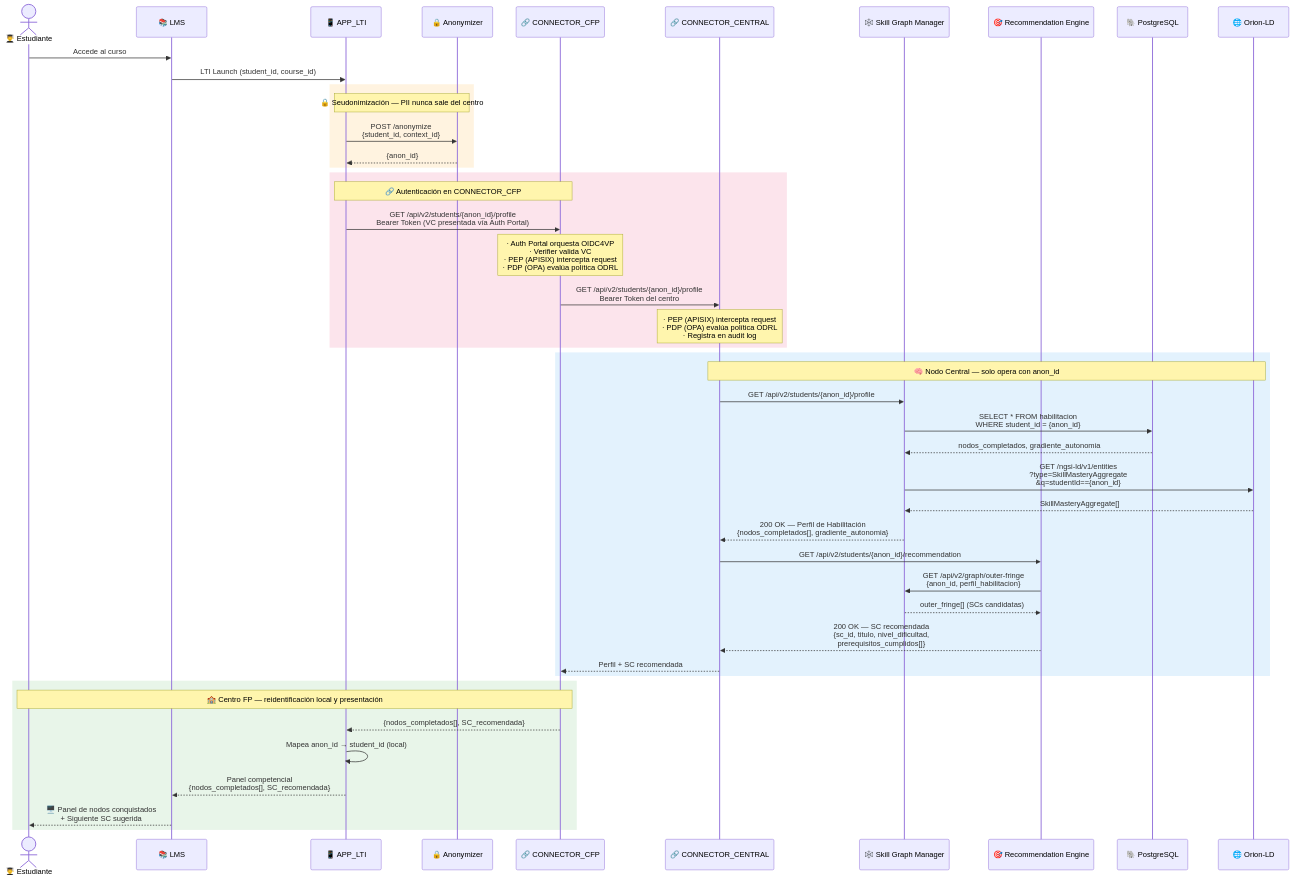
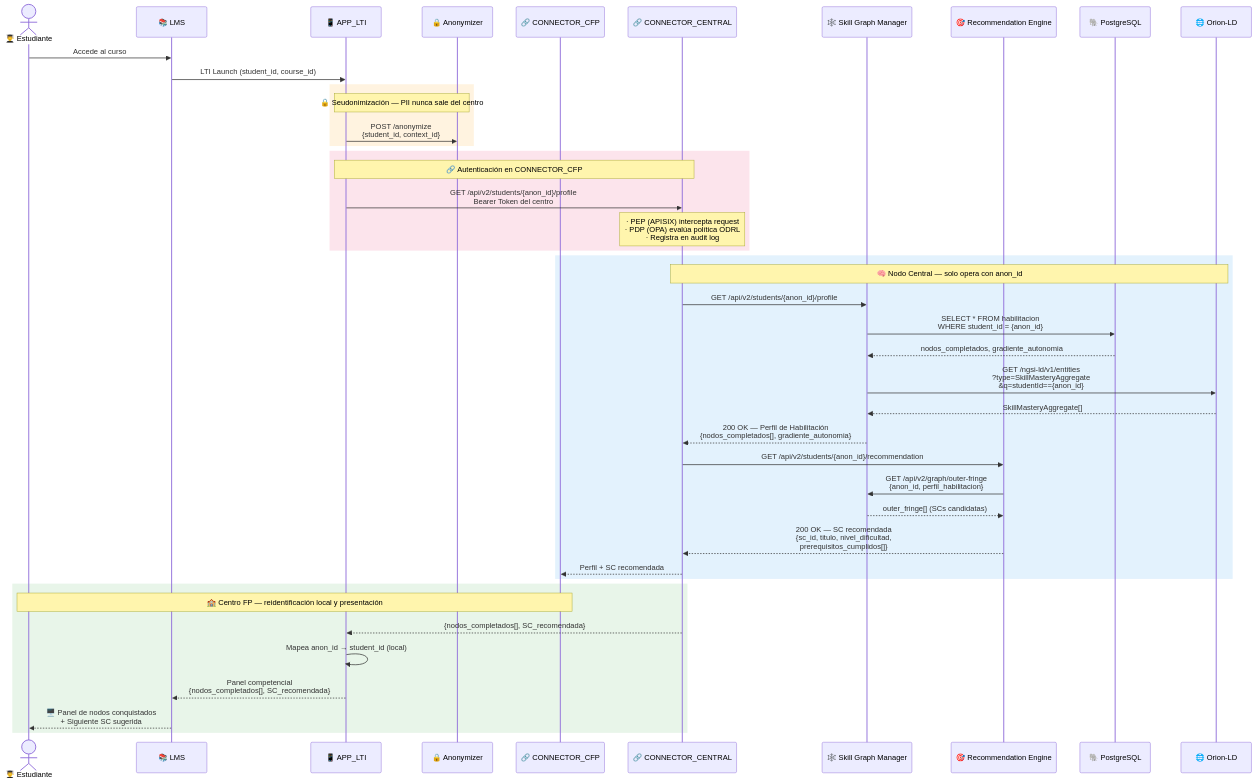
One commit to C3-VFDS/use_case_pkst changed the third of 3 diagrams in 054-diagramas-secuencias.md. Above: the diagram before and after it, drawn with Mermaid. The commit also changed other lines of this file, not shown here.

Commit message:
Los datos de la app LTI no atraviesan el conector del centro

````diff
--- a/054-diagramas-secuencias.md
+++ b/054-diagramas-secuencias.md
@@ -131,57 +119,54 @@
 ```mermaid
 sequenceDiagram
     actor STUDENT as 👨‍🎓 Estudiante
     participant LMS as 📚 LMS
     participant APP_LTI as 📱 APP_LTI
     participant ANON as 🔒 Anonymizer
     participant CONNECTOR_CFP as 🔗 CONNECTOR_CFP
     participant CONNECTOR_CENTRAL as 🔗 CONNECTOR_CENTRAL
     participant SGRAPH as 🕸️ Skill Graph Manager
     participant REC as 🎯 Recommendation Engine
     participant POSTGRES_C as 🐘 PostgreSQL
     participant ORIONLD as 🌐 Orion-LD
 
     STUDENT->>LMS: Accede al curso
     LMS->>APP_LTI: LTI Launch (student_id, course_id)
 
     rect rgb(255, 243, 224)
         Note over APP_LTI,ANON: 🔒 Seudonimización — PII nunca sale del centro
         APP_LTI->>ANON: POST /anonymize<br/>{student_id, context_id}
-        ANON-->>APP_LTI: {anon_id}
     end
 
     rect rgb(252, 228, 236)
-        Note over APP_LTI,CONNECTOR_CFP: 🔗 Autenticación en CONNECTOR_CFP
+        Note over APP_LTI,CONNECTOR_CENTRAL: 🔗 Autenticación en CONNECTOR_CFP
 
-        APP_LTI->>CONNECTOR_CFP: GET /api/v2/students/{anon_id}/profile<br/>Bearer Token (VC presentada vía Auth Portal)
-        Note over CONNECTOR_CFP: · Auth Portal orquesta OIDC4VP<br/>· Verifier valida VC<br/>· PEP (APISIX) intercepta request<br/>· PDP (OPA) evalúa política ODRL
-        CONNECTOR_CFP->>CONNECTOR_CENTRAL: GET /api/v2/students/{anon_id}/profile<br/>Bearer Token del centro
+        APP_LTI->>CONNECTOR_CENTRAL: GET /api/v2/students/{anon_id}/profile<br/>Bearer Token del centro
         Note over CONNECTOR_CENTRAL: · PEP (APISIX) intercepta request<br/>· PDP (OPA) evalúa política ODRL<br/>· Registra en audit log
     end
 
     rect rgb(227, 242, 253)
         Note over CONNECTOR_CENTRAL,ORIONLD: 🧠 Nodo Central — solo opera con anon_id
 
         CONNECTOR_CENTRAL->>SGRAPH: GET /api/v2/students/{anon_id}/profile
         SGRAPH->>POSTGRES_C: SELECT * FROM habilitacion<br/>WHERE student_id = {anon_id}
         POSTGRES_C-->>SGRAPH: nodos_completados, gradiente_autonomia
         SGRAPH->>ORIONLD: GET /ngsi-ld/v1/entities<br/>?type=SkillMasteryAggregate<br/>&q=studentId=={anon_id}
         ORIONLD-->>SGRAPH: SkillMasteryAggregate[]
         SGRAPH-->>CONNECTOR_CENTRAL: 200 OK — Perfil de Habilitación<br/>{nodos_completados[], gradiente_autonomia}
 
         CONNECTOR_CENTRAL->>REC: GET /api/v2/students/{anon_id}/recommendation
         REC->>SGRAPH: GET /api/v2/graph/outer-fringe<br/>{anon_id, perfil_habilitacion}
         SGRAPH-->>REC: outer_fringe[] (SCs candidatas)
         REC-->>CONNECTOR_CENTRAL: 200 OK — SC recomendada<br/>{sc_id, titulo, nivel_dificultad,<br/>prerequisitos_cumplidos[]}
         CONNECTOR_CENTRAL-->>CONNECTOR_CFP: Perfil + SC recomendada
     end
 
     rect rgb(232, 245, 233)
         Note over CONNECTOR_CFP,STUDENT: 🏫 Centro FP — reidentificación local y presentación
 
-        CONNECTOR_CFP-->>APP_LTI: {nodos_completados[], SC_recomendada}
+        CONNECTOR_CENTRAL-->>APP_LTI: {nodos_completados[], SC_recomendada}
         APP_LTI->>APP_LTI: Mapea anon_id → student_id (local)
         APP_LTI-->>LMS: Panel competencial<br/>{nodos_completados[], SC_recomendada}
         LMS-->>STUDENT: 🖥️ Panel de nodos conquistados<br/>+ Siguiente SC sugerida
     end
 ```
````
